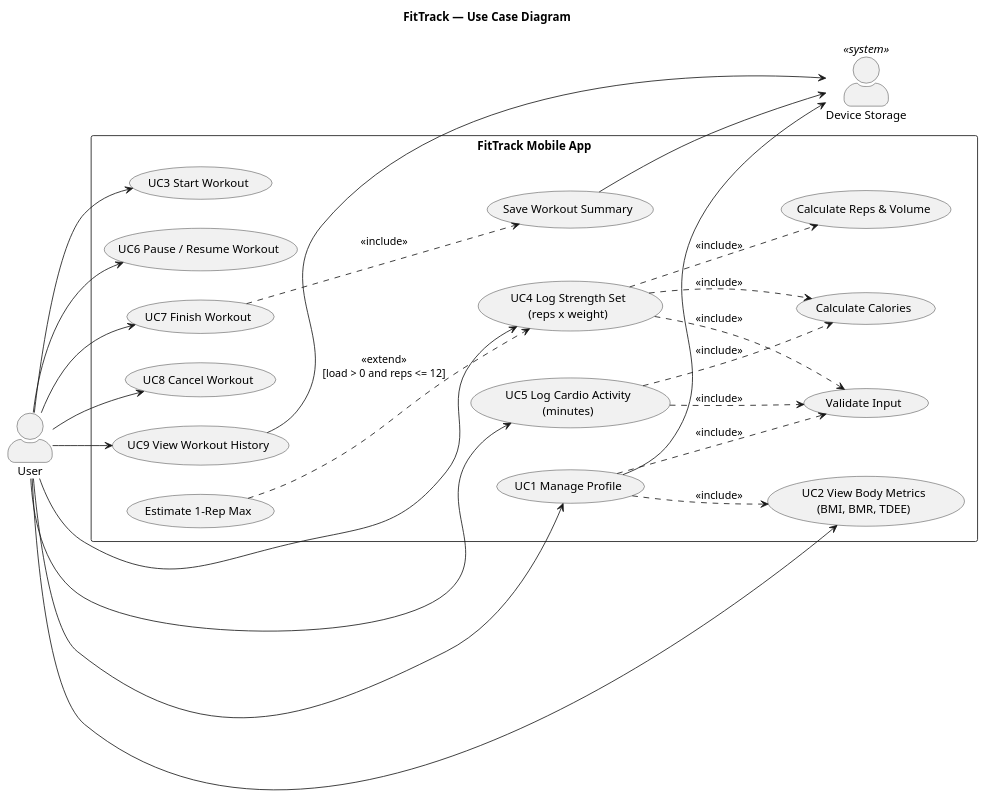
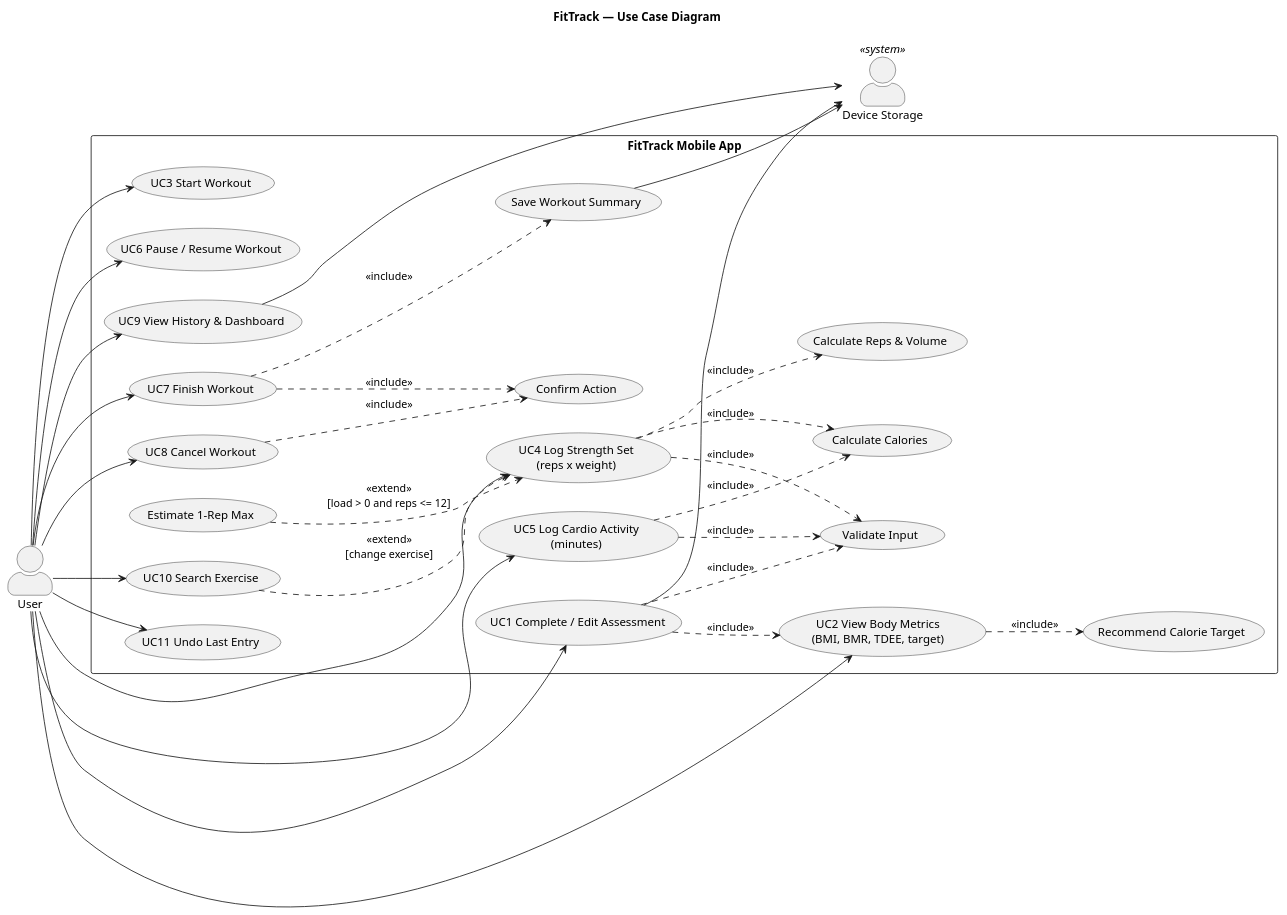
The diagram in docs/uml/use_case.puml (Lovnes/fitness-app), drawn with PlantUML before and after one commit. The commit also changed 102 other files, not shown here.

```diff
--- a/docs/uml/use_case.puml
+++ b/docs/uml/use_case.puml
@@ -1,51 +1,61 @@
 @startuml use_case
 title FitTrack — Use Case Diagram
 left to right direction
 skinparam packageStyle rectangle
 skinparam actorStyle awesome
 
 actor "User" as user
 actor "Device Storage" as store <<system>>
 
 rectangle "FitTrack Mobile App" {
-  usecase "UC1 Manage Profile" as UC1
-  usecase "UC2 View Body Metrics\n(BMI, BMR, TDEE)" as UC2
+  usecase "UC1 Complete / Edit Assessment" as UC1
+  usecase "UC2 View Body Metrics\n(BMI, BMR, TDEE, target)" as UC2
   usecase "UC3 Start Workout" as UC3
   usecase "UC4 Log Strength Set\n(reps x weight)" as UC4
   usecase "UC5 Log Cardio Activity\n(minutes)" as UC5
   usecase "UC6 Pause / Resume Workout" as UC6
   usecase "UC7 Finish Workout" as UC7
   usecase "UC8 Cancel Workout" as UC8
-  usecase "UC9 View Workout History" as UC9
+  usecase "UC9 View History & Dashboard" as UC9
+  usecase "UC10 Search Exercise" as UC10
+  usecase "UC11 Undo Last Entry" as UC11
 
   usecase "Validate Input" as VAL
   usecase "Calculate Calories" as CAL
   usecase "Calculate Reps & Volume" as REP
   usecase "Estimate 1-Rep Max" as ORM
+  usecase "Recommend Calorie Target" as TGT
+  usecase "Confirm Action" as CONF
   usecase "Save Workout Summary" as SAVE
 }
 
 user --> UC1
 user --> UC2
 user --> UC3
 user --> UC4
 user --> UC5
 user --> UC6
 user --> UC7
 user --> UC8
 user --> UC9
+user --> UC10
+user --> UC11
 
 UC1 ..> VAL : <<include>>
 UC1 ..> UC2 : <<include>>
+UC2 ..> TGT : <<include>>
 UC4 ..> VAL : <<include>>
 UC4 ..> REP : <<include>>
 UC4 ..> CAL : <<include>>
 UC5 ..> VAL : <<include>>
 UC5 ..> CAL : <<include>>
 ORM ..> UC4 : <<extend>>\n[load > 0 and reps <= 12]
+UC10 ..> UC4 : <<extend>>\n[change exercise]
+UC7 ..> CONF : <<include>>
+UC8 ..> CONF : <<include>>
 UC7 ..> SAVE : <<include>>
 
 SAVE --> store
 UC1 --> store
 UC9 --> store
 @enduml
```
